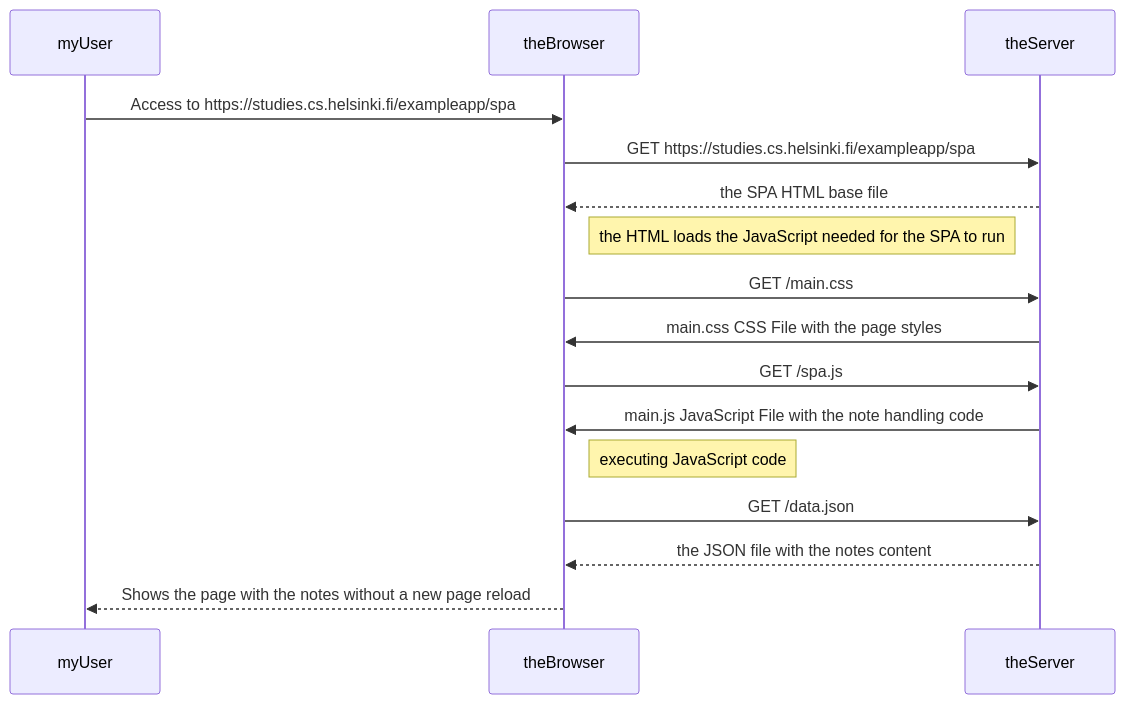
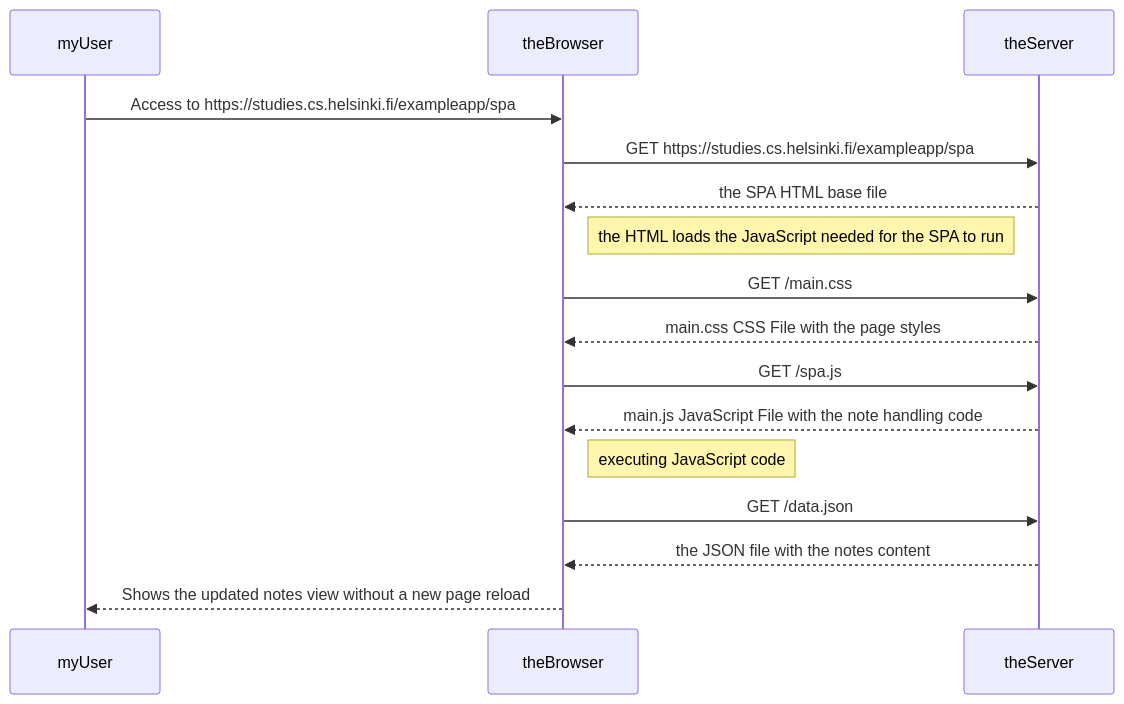
Before and after one commit to jalejotorresm/part-0-exercises: the diagram in exercise05.md, drawn with Mermaid. The commit also changed 1 other file, not shown here.

Commit message:
MD file updated + new image

````diff
--- a/exercise05.md
+++ b/exercise05.md
@@ -3,25 +3,25 @@
 ```mermaid
 sequenceDiagram
     participant myUser
     participant theBrowser
     participant theServer
 
     myUser->>theBrowser: Access to https://studies.cs.helsinki.fi/exampleapp/spa
     theBrowser->>theServer: GET https://studies.cs.helsinki.fi/exampleapp/spa
     theServer-->>theBrowser: the SPA HTML base file
 
     Note right of theBrowser: the HTML loads the JavaScript needed for the SPA to run
 
     theBrowser->>theServer: GET /main.css
-    theServer->>theBrowser: main.css CSS File with the page styles
+    theServer-->>theBrowser: main.css CSS File with the page styles
 
     theBrowser->>theServer: GET /spa.js
-    theServer->>theBrowser: main.js JavaScript File with the note handling code
+    theServer-->>theBrowser: main.js JavaScript File with the note handling code
 
     Note right of theBrowser: executing JavaScript code
 
     theBrowser->>theServer: GET /data.json
     theServer-->>theBrowser: the JSON file with the notes content
 
-    theBrowser-->>myUser: Shows the page with the notes without a new page reload
+    theBrowser-->>myUser: Shows the updated notes view without a new page reload
 ```
````
